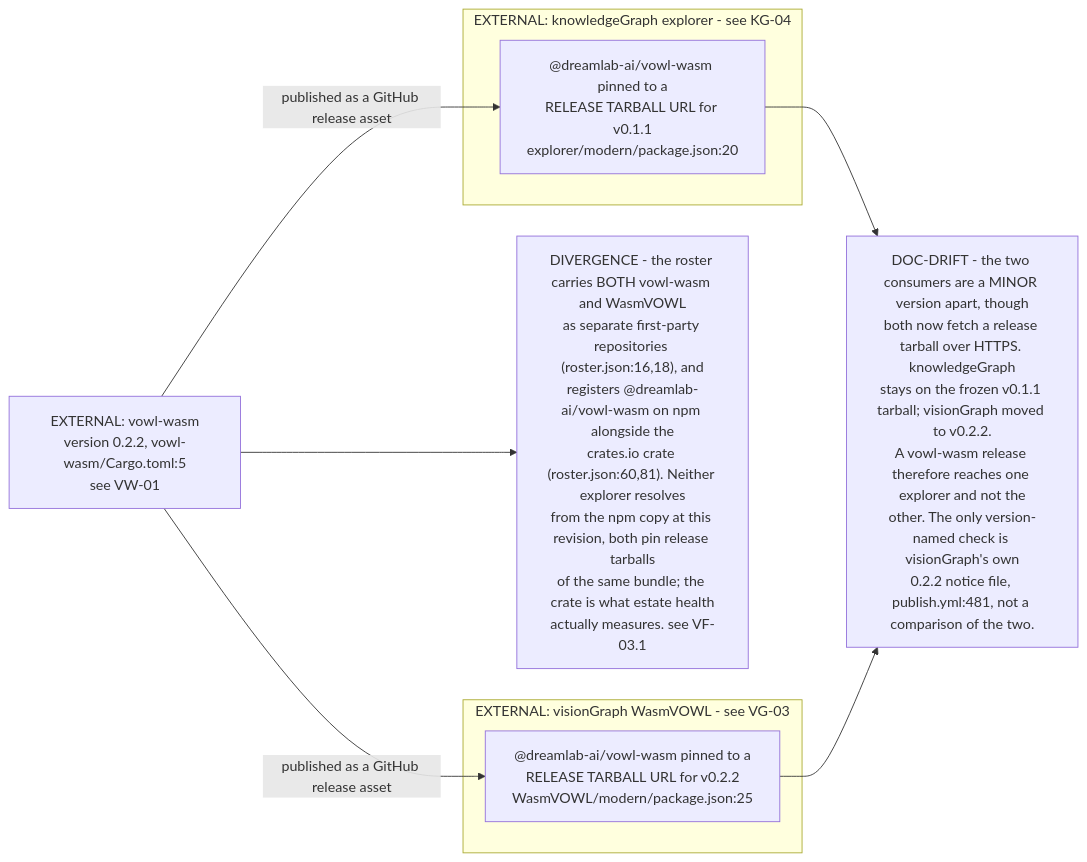
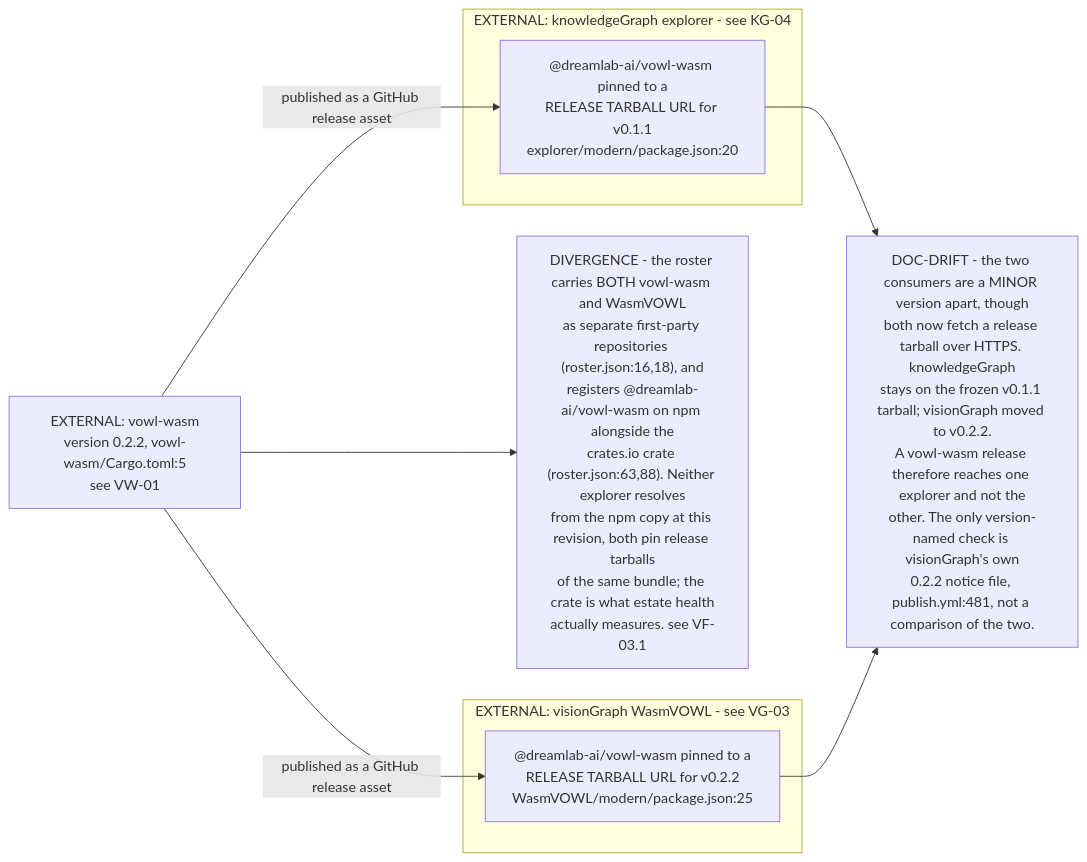
One commit to DreamLab-AI/VisionFlow changed the third of 5 diagrams in docs/diagrams/estate/11-publishing-axis.md. Above: the diagram before and after it, drawn with Mermaid. The commit also changed other lines of this file and 154 other files, not shown here.

First line of the commit message:
docs(diagrams): re-stamp 154 topics whose every citation still reads the same text at the current heads

````diff
--- a/docs/diagrams/estate/11-publishing-axis.md
+++ b/docs/diagrams/estate/11-publishing-axis.md
@@ -102,21 +102,21 @@
 ```mermaid
 flowchart LR
     CRATE["EXTERNAL: vowl-wasm<br/>version 0.2.2, vowl-wasm/Cargo.toml:5<br/>see VW-01"]
 
     subgraph KGE["EXTERNAL: knowledgeGraph explorer - see KG-04"]
         KGP["@dreamlab-ai/vowl-wasm pinned to a<br/>RELEASE TARBALL URL for v0.1.1<br/>explorer/modern/package.json:20"]
     end
     subgraph VGE["EXTERNAL: visionGraph WasmVOWL - see VG-03"]
         VGP["@dreamlab-ai/vowl-wasm pinned to a<br/>RELEASE TARBALL URL for v0.2.2<br/>WasmVOWL/modern/package.json:25"]
     end
 
     CRATE -->|"published as a GitHub release asset"| KGP
     CRATE -->|"published as a GitHub release asset"| VGP
 
     D1["DOC-DRIFT - the two consumers are a MINOR version apart, though<br/>both now fetch a release tarball over HTTPS. knowledgeGraph<br/>stays on the frozen v0.1.1 tarball; visionGraph moved to v0.2.2.<br/>A vowl-wasm release therefore reaches one explorer and not the<br/>other. The only version-named check is visionGraph's own<br/>0.2.2 notice file, publish.yml:481, not a comparison of the two."]
-    D2["DIVERGENCE - the roster carries BOTH vowl-wasm and WasmVOWL<br/>as separate first-party repositories (roster.json:16,18), and<br/>registers @dreamlab-ai/vowl-wasm on npm alongside the<br/>crates.io crate (roster.json:60,81). Neither explorer resolves<br/>from the npm copy at this revision, both pin release tarballs<br/>of the same bundle; the crate is what estate health<br/>actually measures. see VF-03.1"]
+    D2["DIVERGENCE - the roster carries BOTH vowl-wasm and WasmVOWL<br/>as separate first-party repositories (roster.json:16,18), and<br/>registers @dreamlab-ai/vowl-wasm on npm alongside the<br/>crates.io crate (roster.json:63,88). Neither explorer resolves<br/>from the npm copy at this revision, both pin release tarballs<br/>of the same bundle; the crate is what estate health<br/>actually measures. see VF-03.1"]
 
     KGP --> D1
     VGP --> D1
     CRATE --> D2
 ```
````
